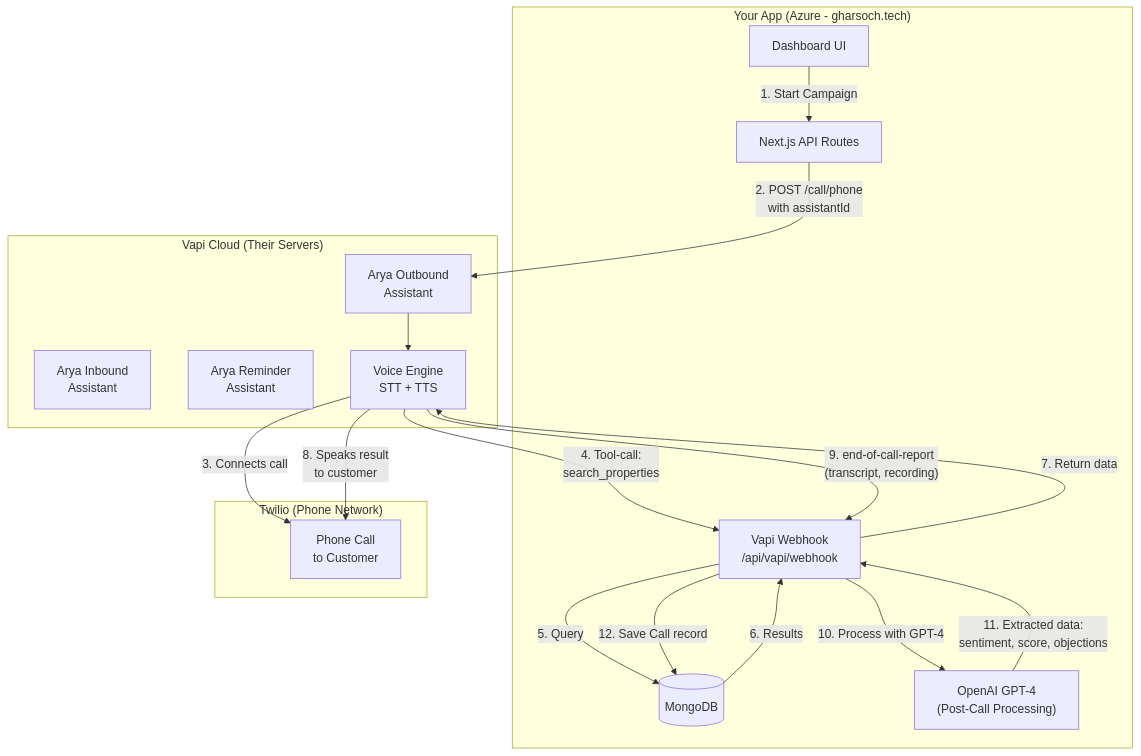
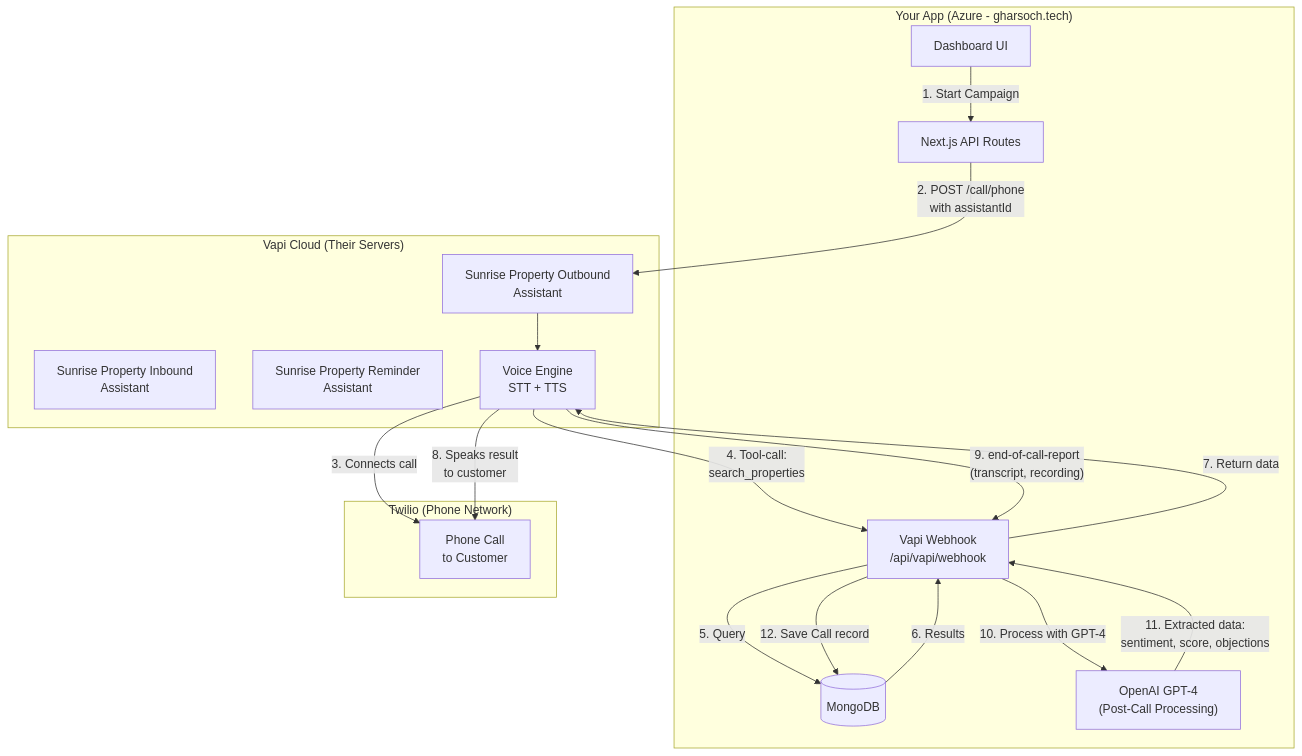
The first of 4 diagrams in gharsoc-web/docs/VOICE_ARCHITECTURE.md (AnuragU03/GharSoch), drawn with Mermaid before and after one commit. The commit also changed other lines of this file and 42 other files, not shown here.

````diff
--- a/gharsoc-web/docs/VOICE_ARCHITECTURE.md
+++ b/gharsoc-web/docs/VOICE_ARCHITECTURE.md
@@ -5,35 +5,35 @@
 ```mermaid
 flowchart TD
     subgraph YOUR_APP["Your App (Azure - gharsoch.tech)"]
         UI["Dashboard UI"]
         API["Next.js API Routes"]
         WH["Vapi Webhook\n/api/vapi/webhook"]
         DB[(MongoDB)]
         OAI["OpenAI GPT-4\n(Post-Call Processing)"]
     end
 
     subgraph VAPI["Vapi Cloud (Their Servers)"]
-        VA1["Arya Outbound\nAssistant"]
-        VA2["Arya Inbound\nAssistant"]
-        VA3["Arya Reminder\nAssistant"]
+        VA1["Sunrise Property Outbound\nAssistant"]
+        VA2["Sunrise Property Inbound\nAssistant"]
+        VA3["Sunrise Property Reminder\nAssistant"]
         VOICE["Voice Engine\nSTT + TTS"]
     end
 
     subgraph TWILIO["Twilio (Phone Network)"]
         PHONE["Phone Call\nto Customer"]
     end
 
     UI -->|"1. Start Campaign"| API
     API -->|"2. POST /call/phone\nwith assistantId"| VA1
     VA1 --> VOICE
     VOICE -->|"3. Connects call"| PHONE
     VOICE -->|"4. Tool-call:\nsearch_properties"| WH
     WH -->|"5. Query"| DB
     DB -->|"6. Results"| WH
     WH -->|"7. Return data"| VOICE
     VOICE -->|"8. Speaks result\nto customer"| PHONE
     VOICE -->|"9. end-of-call-report\n(transcript, recording)"| WH
     WH -->|"10. Process with GPT-4"| OAI
     OAI -->|"11. Extracted data:\nsentiment, score, objections"| WH
     WH -->|"12. Save Call record"| DB
 ```
````
